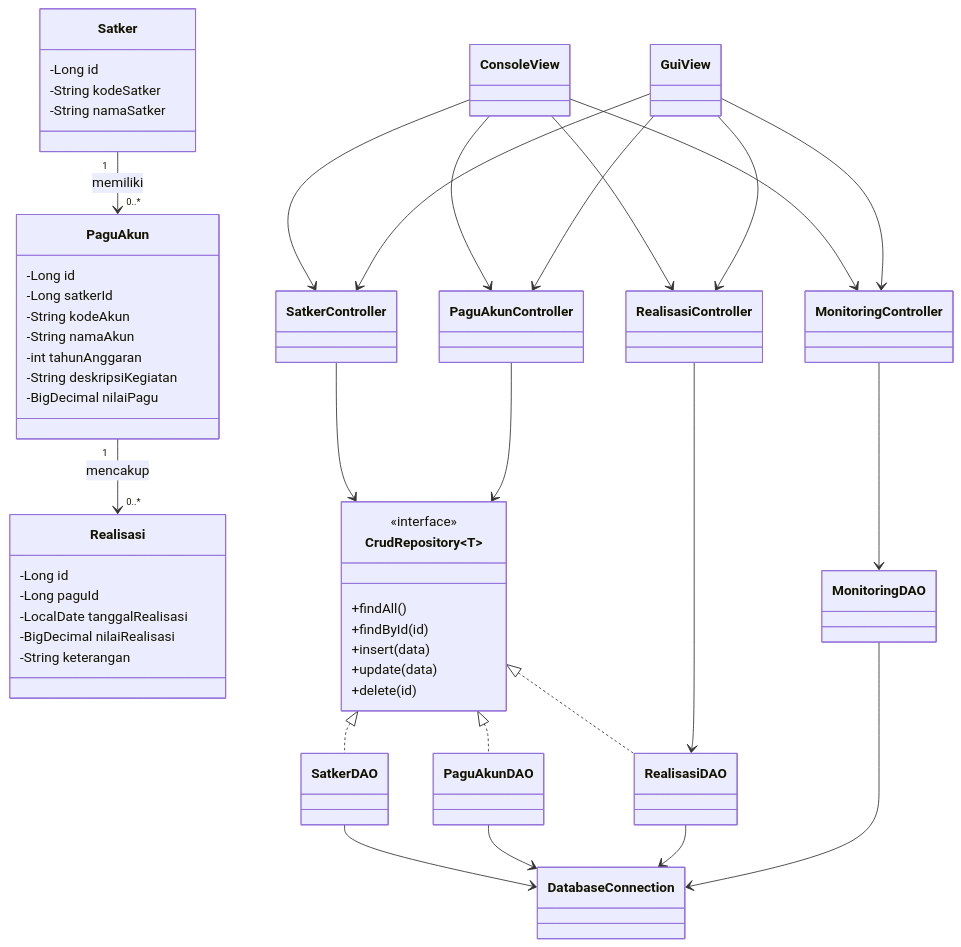
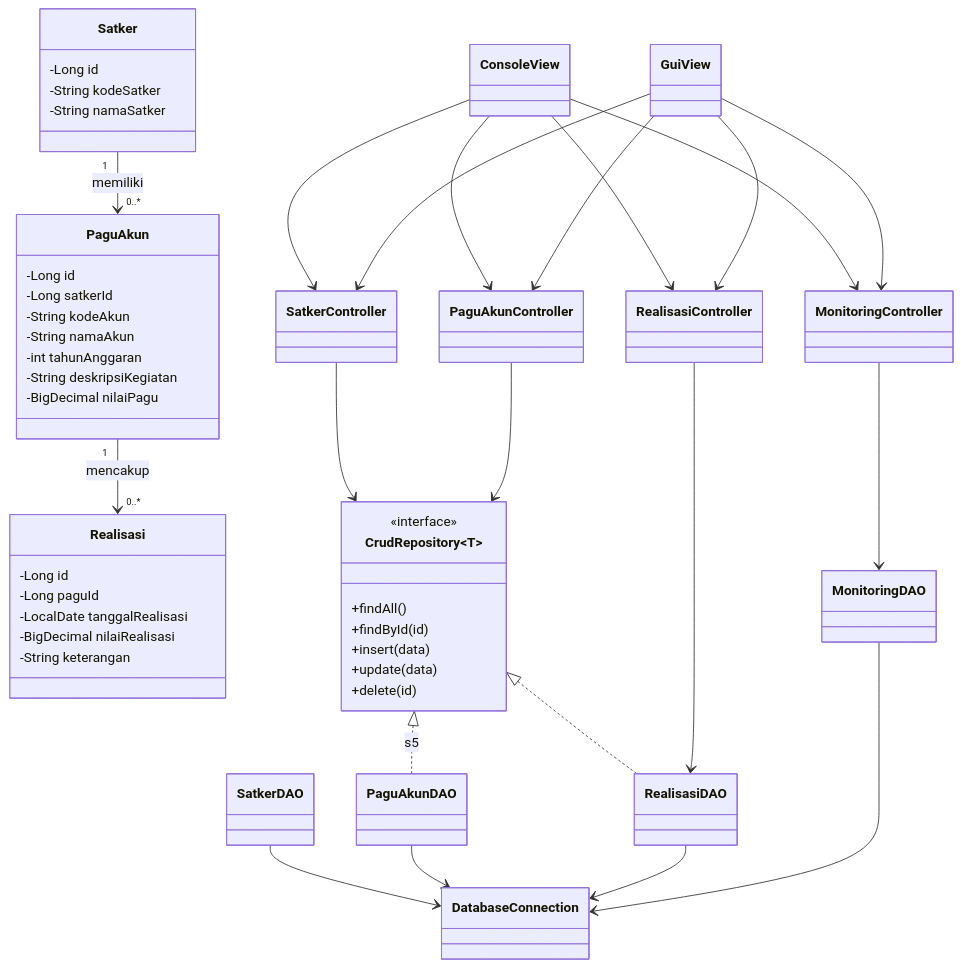
One commit to athfi/pjj_java_monitoring-realisasi-anggaran-satker changed the diagram in SDD.md. Above: the diagram before and after it, drawn with Mermaid.

Commit message:
Update SDD.md with new relationship notation

````diff
--- a/SDD.md
+++ b/SDD.md
@@ -188,76 +188,75 @@
 ```mermaid
 classDiagram
     class Satker {
         -Long id
         -String kodeSatker
         -String namaSatker
     }
 
     class PaguAkun {
         -Long id
         -Long satkerId
         -String kodeAkun
         -String namaAkun
         -int tahunAnggaran
         -String deskripsiKegiatan
         -BigDecimal nilaiPagu
     }
 
     class Realisasi {
         -Long id
         -Long paguId
         -LocalDate tanggalRealisasi
         -BigDecimal nilaiRealisasi
         -String keterangan
     }
 
     class CrudRepository~T~ {
         <<interface>>
         +findAll()
         +findById(id)
         +insert(data)
         +update(data)
         +delete(id)
     }
 
     class SatkerDAO
     class PaguAkunDAO
     class RealisasiDAO
     class MonitoringDAO
 
     class SatkerController
     class PaguAkunController
     class RealisasiController
     class MonitoringController
 
     class ConsoleView
     class GuiView
     class DatabaseConnection
 
     Satker "1" --> "0..*" PaguAkun : memiliki
     PaguAkun "1" --> "0..*" Realisasi : mencakup
 
-    CrudRepository~T~ <|.. SatkerDAO
-    CrudRepository~T~ <|.. PaguAkunDAO
+    CrudRepository~T~ <|.. PaguAkunDAO : s5
     CrudRepository~T~ <|.. RealisasiDAO
 
     SatkerController --> CrudRepository~T~
     PaguAkunController --> CrudRepository~T~
     RealisasiController --> RealisasiDAO
     MonitoringController --> MonitoringDAO
 
     SatkerDAO --> DatabaseConnection
     PaguAkunDAO --> DatabaseConnection
     RealisasiDAO --> DatabaseConnection
     MonitoringDAO --> DatabaseConnection
 
     ConsoleView --> SatkerController
     ConsoleView --> PaguAkunController
     ConsoleView --> RealisasiController
     ConsoleView --> MonitoringController
 
     GuiView --> SatkerController
     GuiView --> PaguAkunController
     GuiView --> RealisasiController
     GuiView --> MonitoringController
 ```
````
